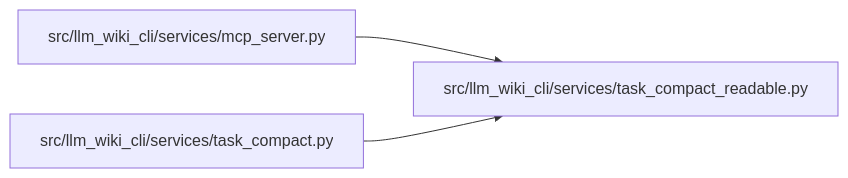
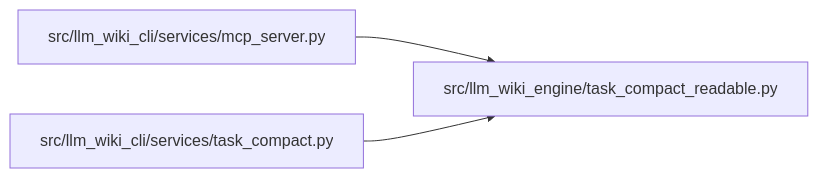
Before and after one commit to Denissvgn/python-wiki-llm: the diagram in docs/llm_wiki/modules/task_compact_readable.md, drawn with Mermaid. The commit also changed other lines of this file and 1103 other files, not shown here.

First line of the commit message:
docs: refresh the wiki for the llm-wiki-engine distribution

````diff
--- a/docs/llm_wiki/modules/task_compact_readable.md
+++ b/docs/llm_wiki/modules/task_compact_readable.md
@@ -29,11 +29,11 @@
 ```mermaid
 flowchart LR
     n0["src/llm_wiki_cli/services/mcp_server.py"]
     n1["src/llm_wiki_cli/services/task_compact.py"]
-    n2["src/llm_wiki_cli/services/task_compact_readable.py"]
+    n2["src/llm_wiki_engine/task_compact_readable.py"]
     n0 --> n2
     n1 --> n2
     click n0 "../modules/mcp_server.md"
     click n1 "../modules/task_compact.md"
     click n2 "../modules/task_compact_readable.md"
 ```
````
